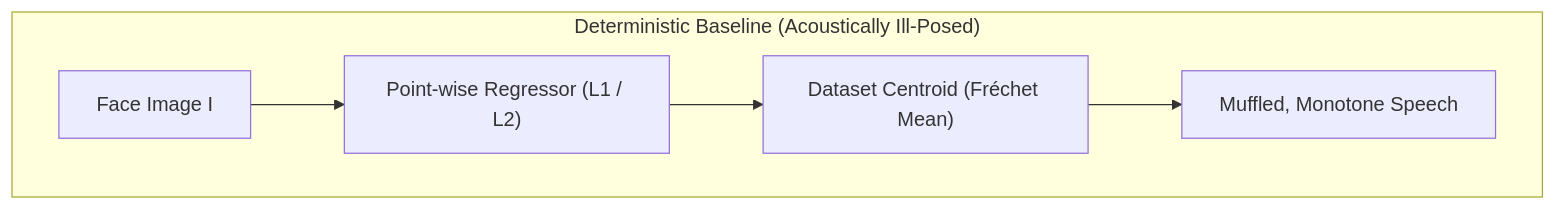
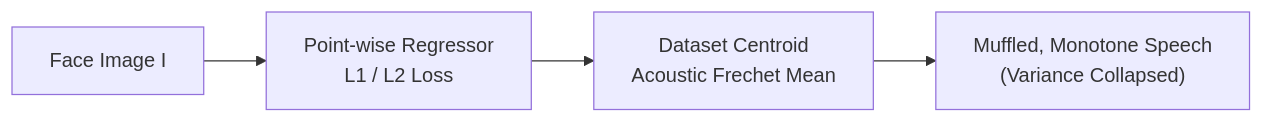
Before and after one commit to AdityaWagh19/Voix-F2S-System: the first of 5 diagrams in README.md, drawn with Mermaid. The commit also changed other lines of this file and 12 other files, not shown here.

First line of the commit message:
docs: overhaul README with Mermaid diagrams, proper LaTeX math, clean structure

````diff
--- a/README.md
+++ b/README.md
@@ -53,9 +47,6 @@
 ```mermaid
 flowchart LR
-    subgraph TRAD["Deterministic Baseline (Acoustically Ill-Posed)"]
-        direction LR
-        FACE["Face Image I"] --> REG["Point-wise Regressor (L1 / L2)"]
-        REG --> MEAN["Dataset Centroid (Fréchet Mean)"]
-        MEAN --> ROBOT["Muffled, Monotone Speech"]
-    end
+    FACE["Face Image I"] --> REG["Point-wise Regressor<br/>L1 / L2 Loss"]
+    REG --> MEAN["Dataset Centroid<br/>Acoustic Frechet Mean"]
+    MEAN --> OUT["Muffled, Monotone Speech<br/>(Variance Collapsed)"]
 ```
````
